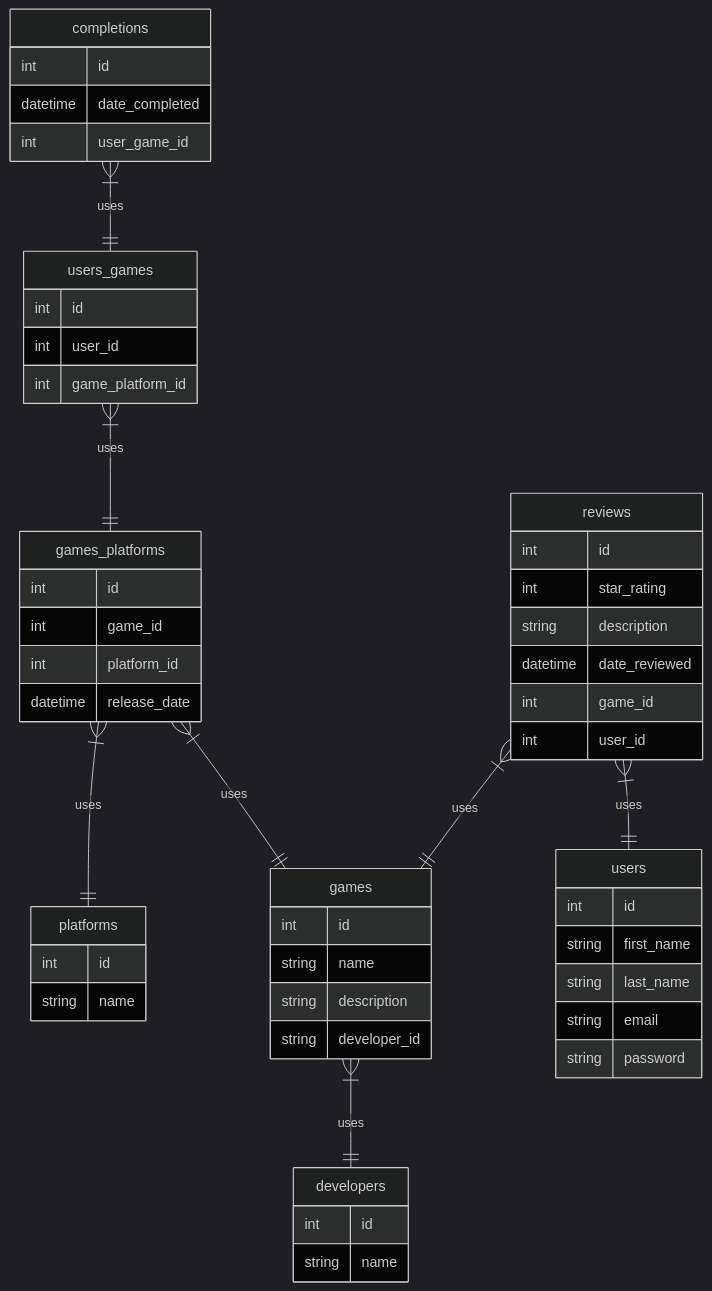
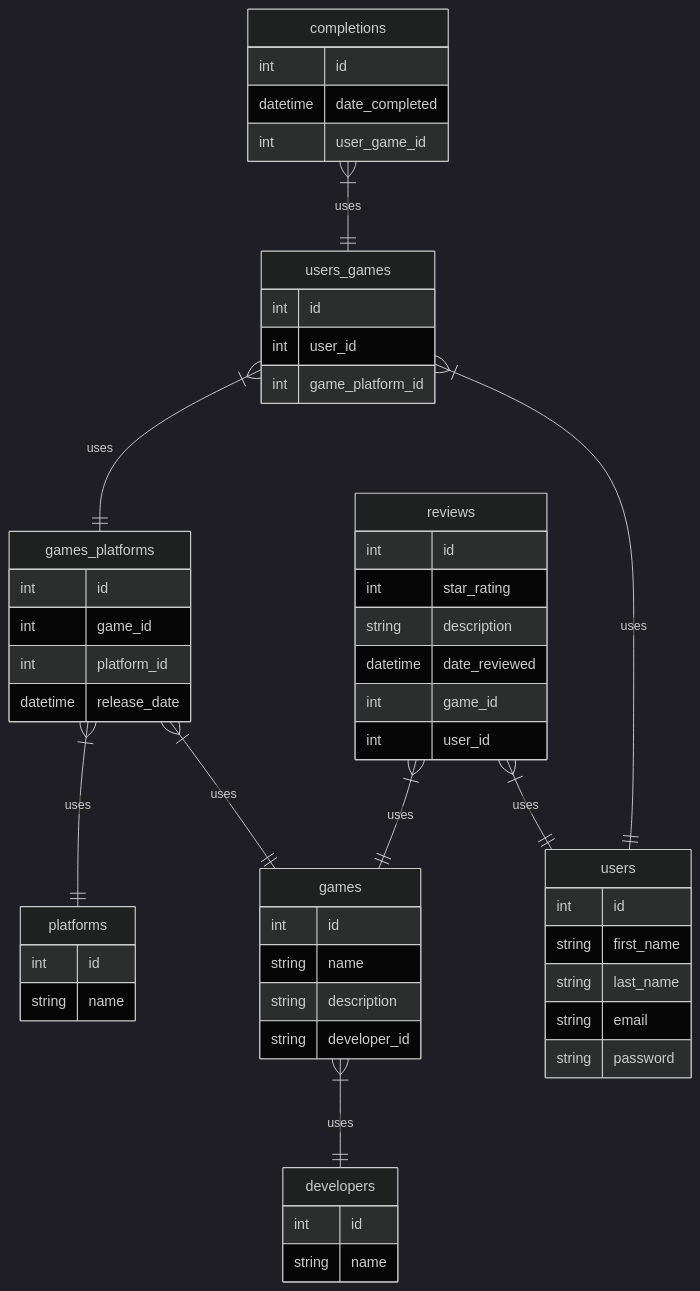
One commit to Haikira/VGLogger changed the second of 2 diagrams in README.md. Above: the diagram before and after it, drawn with Mermaid.

````diff
--- a/README.md
+++ b/README.md
@@ -42,61 +42,62 @@
 ``` mermaid
 %%{init: {'theme': 'dark' } }%%
 
 erDiagram
 
         games {
                 int id
                 string name                
                 string description
                 string developer_id
         }
         platforms {
                 int id
                 string name                
         }
         games_platforms {
                 int id
                 int game_id
                 int platform_id
                 datetime release_date
         }
         users_games {
                 int id
                 int user_id
                 int game_platform_id
         }
         users {
                 int id
                 string first_name
                 string last_name
                 string email
                 string password
         }
         developers {
                 int id
                 string name
         }
         reviews {
                 int id
                 int star_rating
                 string description
                 datetime date_reviewed
                 int game_id
                 int user_id
         }
         completions {
                 int id
                 datetime date_completed
                 int user_game_id
         }
         
         games }|--|| developers: "uses"
         games_platforms }|--|| platforms: "uses"
         reviews }|--|| games: "uses"
         reviews }|--|| users: "uses"        
         completions }|--|| users_games: "uses"
         games_platforms }|--|| games: "uses"
         
         users_games }|--|| games_platforms: "uses"
+        users_games }|--|| users: "uses"
 
 ```
````
